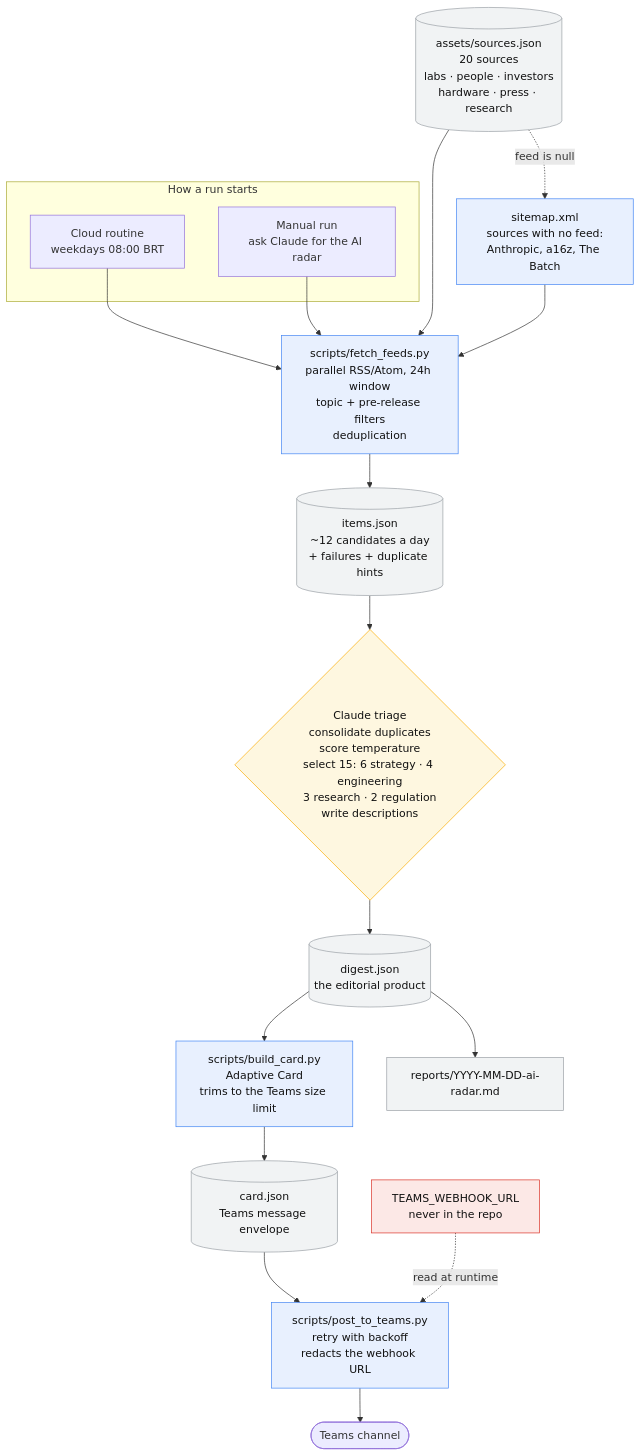
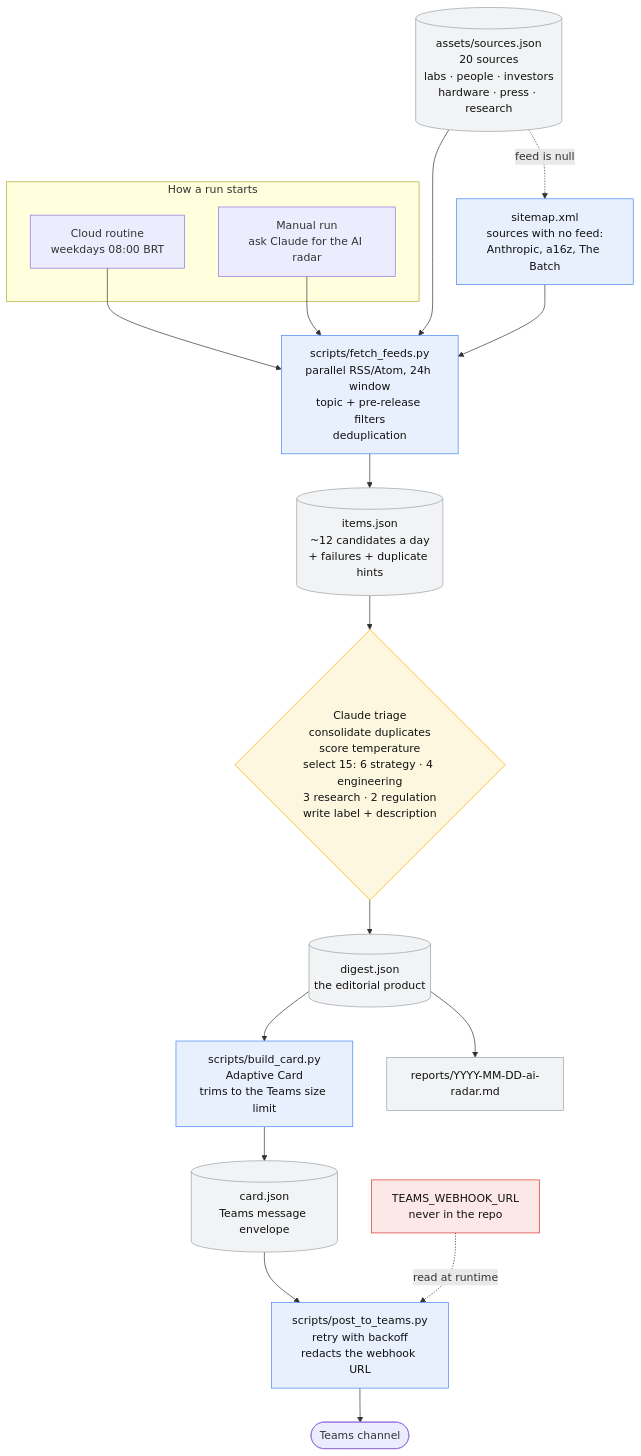
The diagram in README.md (werner-denzin/claude-labs), drawn with Mermaid before and after one commit. The commit also changed other lines of this file and 9 other files, not shown here.

````diff
--- a/README.md
+++ b/README.md
@@ -19,48 +19,48 @@
 ```mermaid
 flowchart TD
     subgraph triggers["How a run starts"]
         ROUTINE["Cloud routine<br>weekdays 08:00 BRT"]
         MANUAL["Manual run<br>ask Claude for the AI radar"]
     end
 
     CATALOG[("assets/sources.json<br>20 sources<br>labs · people · investors<br>hardware · press · research")]
     FETCH["scripts/fetch_feeds.py<br>parallel RSS/Atom, 24h window<br>topic + pre-release filters<br>deduplication"]
     ITEMS[("items.json<br>~12 candidates a day<br>+ failures + duplicate hints")]
     SITEMAP["sitemap.xml<br>sources with no feed:<br>Anthropic, a16z, The Batch"]
 
-    TRIAGE{"Claude triage<br>consolidate duplicates<br>score temperature<br>select 15: 6 strategy · 4 engineering<br>3 research · 2 regulation<br>write descriptions"}
+    TRIAGE{"Claude triage<br>consolidate duplicates<br>score temperature<br>select 15: 6 strategy · 4 engineering<br>3 research · 2 regulation<br>write label + description"}
     DIGEST[("digest.json<br>the editorial product")]
 
     BUILD["scripts/build_card.py<br>Adaptive Card<br>trims to the Teams size limit"]
     CARD[("card.json<br>Teams message envelope")]
     POST["scripts/post_to_teams.py<br>retry with backoff<br>redacts the webhook URL"]
 
     TEAMS(["Teams channel"])
     ARCHIVE["reports/YYYY-MM-DD-ai-radar.md"]
     SECRET["TEAMS_WEBHOOK_URL<br>never in the repo"]
 
     ROUTINE --> FETCH
     MANUAL --> FETCH
     CATALOG --> FETCH
     FETCH --> ITEMS
     CATALOG -. "feed is null" .-> SITEMAP
     SITEMAP --> FETCH
     ITEMS --> TRIAGE
     TRIAGE --> DIGEST
     DIGEST --> BUILD
     BUILD --> CARD
     CARD --> POST
     POST --> TEAMS
     DIGEST --> ARCHIVE
     SECRET -. read at runtime .-> POST
 
     classDef script fill:#e8f0fe,stroke:#4285f4,color:#111
     classDef data fill:#f1f3f4,stroke:#9aa0a6,color:#111
     classDef judgment fill:#fef7e0,stroke:#f9ab00,color:#111
     classDef secret fill:#fce8e6,stroke:#d93025,color:#111
     class FETCH,BUILD,POST script
     class CATALOG,ITEMS,DIGEST,CARD,ARCHIVE data
     class SITEMAP script
     class TRIAGE judgment
     class SECRET secret
 ```
````
